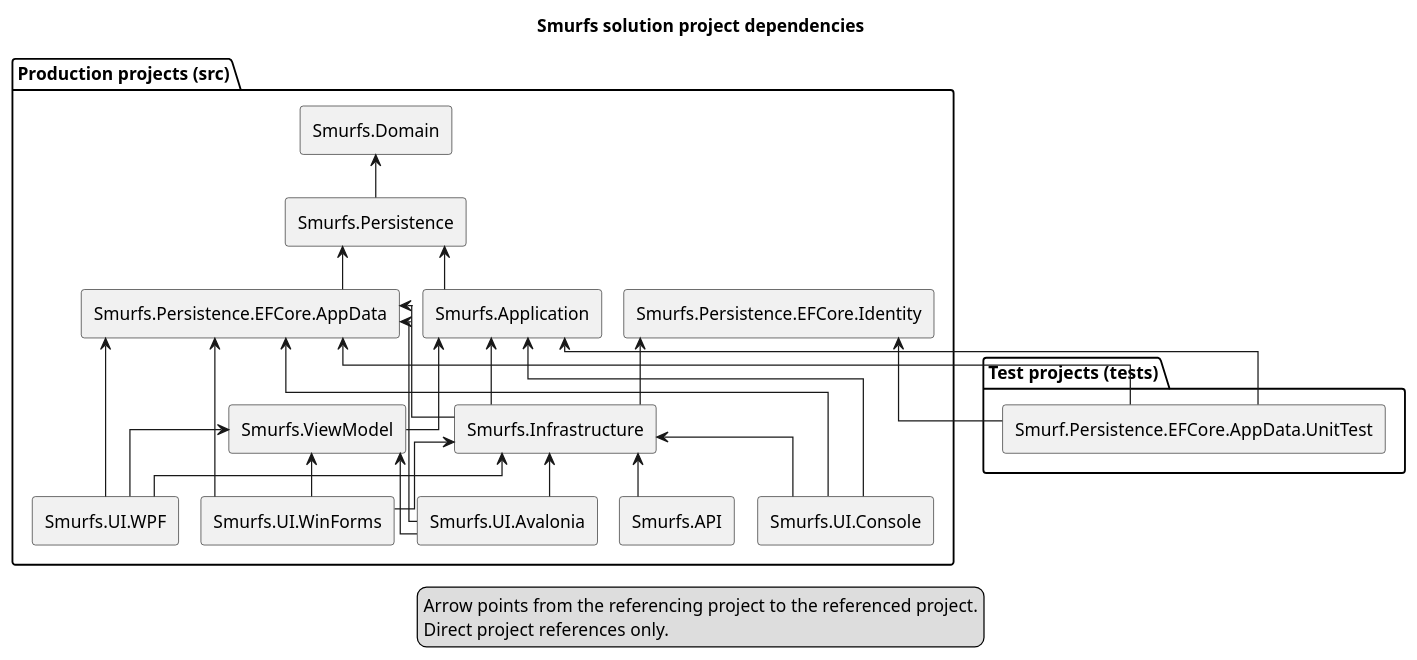
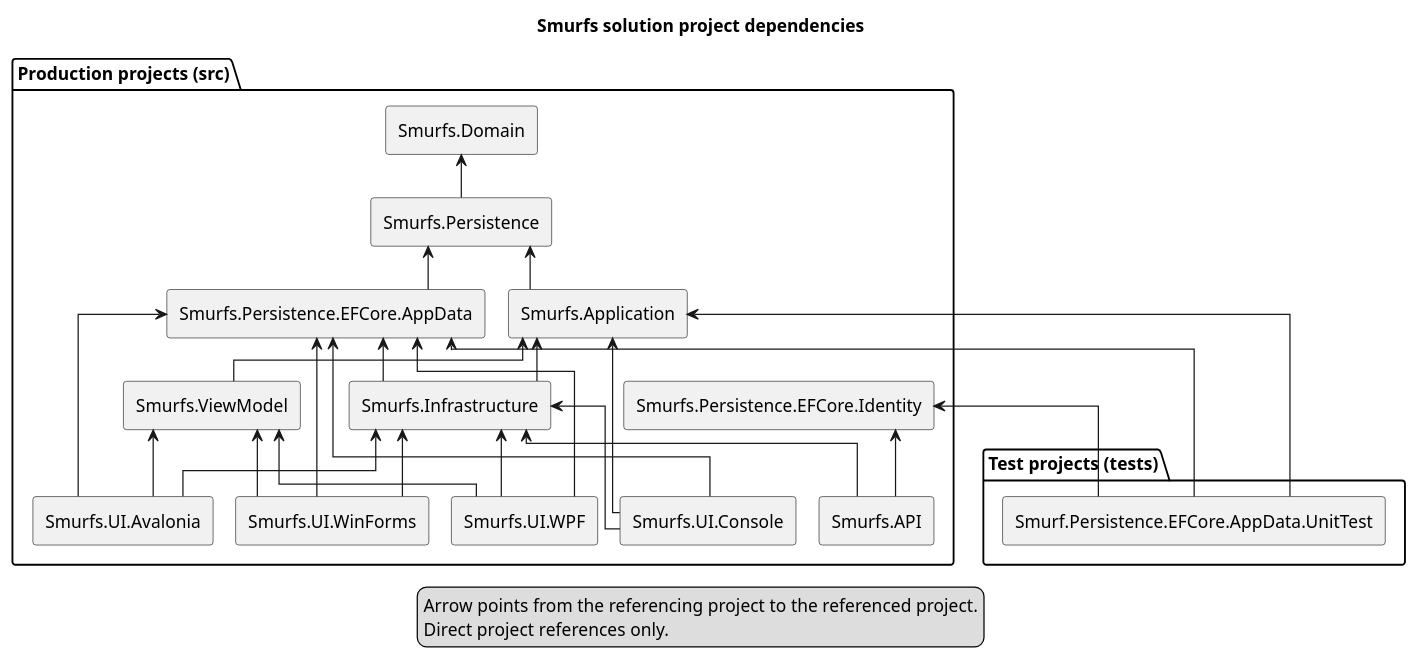
Before and after one commit to EbbeMeloSorensen/Smurfs: the diagram in docs/structural/diagrams/project-dependencies.puml, drawn with PlantUML. The commit also changed 5 other files, not shown here.

Commit message:
Move HTTP user accessor to API and remove Identity dependency from shared Infrastructure

```diff
--- a/docs/structural/diagrams/project-dependencies.puml
+++ b/docs/structural/diagrams/project-dependencies.puml
@@ -1,56 +1,56 @@
 @startuml
 title Smurfs solution project dependencies
 ' Keep nodes and arrows aligned with Smurfs.sln and direct ProjectReference items.
 skinparam componentStyle rectangle
 skinparam linetype ortho
 skinparam nodesep 18
 skinparam ranksep 35
 
 package "Production projects (src)" {
   component "Smurfs.API" as Smurfs_API
   component "Smurfs.Application" as Smurfs_Application
   component "Smurfs.Domain" as Smurfs_Domain
   component "Smurfs.Infrastructure" as Smurfs_Infrastructure
   component "Smurfs.Persistence" as Smurfs_Persistence
   component "Smurfs.Persistence.EFCore.AppData" as Smurfs_Persistence_EFCore_AppData
   component "Smurfs.Persistence.EFCore.Identity" as Smurfs_Persistence_EFCore_Identity
   component "Smurfs.UI.Avalonia" as Smurfs_UI_Avalonia
   component "Smurfs.UI.Console" as Smurfs_UI_Console
   component "Smurfs.UI.WinForms" as Smurfs_UI_WinForms
   component "Smurfs.UI.WPF" as Smurfs_UI_WPF
   component "Smurfs.ViewModel" as Smurfs_ViewModel
 }
 
 package "Test projects (tests)" {
   component "Smurf.Persistence.EFCore.AppData.UnitTest" as Smurf_Persistence_EFCore_AppData_UnitTest
 }
 
 Smurfs_API -up-> Smurfs_Infrastructure
 Smurfs_Application -up-> Smurfs_Persistence
 Smurfs_Infrastructure -up-> Smurfs_Application
 Smurfs_Infrastructure -up-> Smurfs_Persistence_EFCore_AppData
-Smurfs_Infrastructure -up-> Smurfs_Persistence_EFCore_Identity
+Smurfs_API -up-> Smurfs_Persistence_EFCore_Identity
 Smurfs_Persistence -up-> Smurfs_Domain
 Smurfs_Persistence_EFCore_AppData -up-> Smurfs_Persistence
 Smurfs_UI_Avalonia -up-> Smurfs_Infrastructure
 Smurfs_UI_Avalonia -up-> Smurfs_Persistence_EFCore_AppData
 Smurfs_UI_Avalonia -up-> Smurfs_ViewModel
 Smurfs_UI_Console -up-> Smurfs_Application
 Smurfs_UI_Console -up-> Smurfs_Infrastructure
 Smurfs_UI_Console -up-> Smurfs_Persistence_EFCore_AppData
 Smurfs_UI_WinForms -up-> Smurfs_Infrastructure
 Smurfs_UI_WinForms -up-> Smurfs_Persistence_EFCore_AppData
 Smurfs_UI_WinForms -up-> Smurfs_ViewModel
 Smurfs_UI_WPF -up-> Smurfs_Infrastructure
 Smurfs_UI_WPF -up-> Smurfs_Persistence_EFCore_AppData
 Smurfs_UI_WPF -up-> Smurfs_ViewModel
 Smurfs_ViewModel -up-> Smurfs_Application
 Smurf_Persistence_EFCore_AppData_UnitTest -up-> Smurfs_Application
 Smurf_Persistence_EFCore_AppData_UnitTest -up-> Smurfs_Persistence_EFCore_AppData
 Smurf_Persistence_EFCore_AppData_UnitTest -up-> Smurfs_Persistence_EFCore_Identity
 
 legend bottom
   Arrow points from the referencing project to the referenced project.
   Direct project references only.
 endlegend
 @enduml
```
